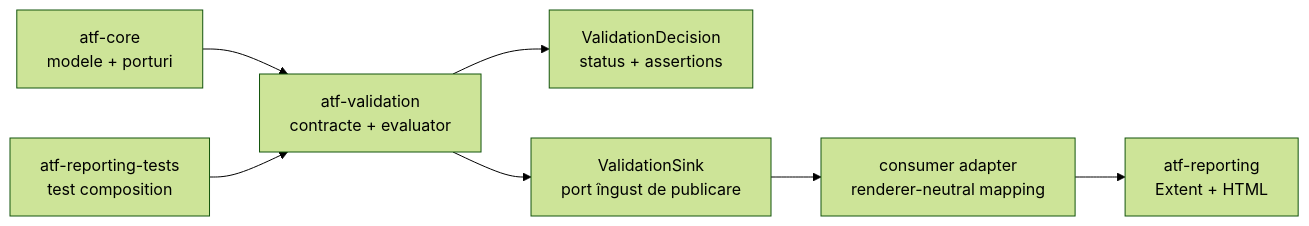
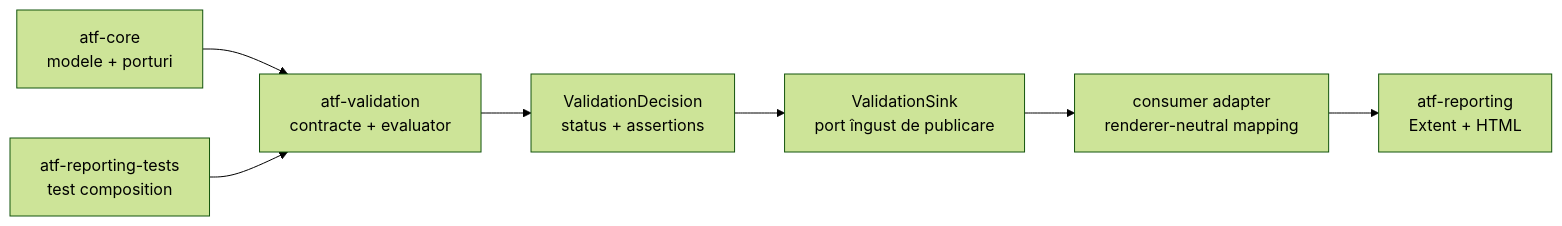
Before and after one commit to crististefanita/demo2: the first of 2 diagrams in atf-validation/README.md, drawn with Mermaid (forest theme). The commit also changed 107 other files, not shown here.

````diff
--- a/atf-validation/README.md
+++ b/atf-validation/README.md
@@ -22,9 +22,9 @@
 ```mermaid
 flowchart LR
     Core[atf-core<br/>modele + porturi] --> Validation[atf-validation<br/>contracte + evaluator]
     ReportingTests[atf-reporting-tests<br/>test composition] --> Validation
     Validation --> Decision[ValidationDecision<br/>status + assertions]
-    Validation --> Sink[ValidationSink<br/>port îngust de publicare]
+    Decision --> Sink[ValidationSink<br/>port îngust de publicare]
     Sink --> Adapter[consumer adapter<br/>renderer-neutral mapping]
     Adapter --> Reporting[atf-reporting<br/>Extent + HTML]
 ```
````
